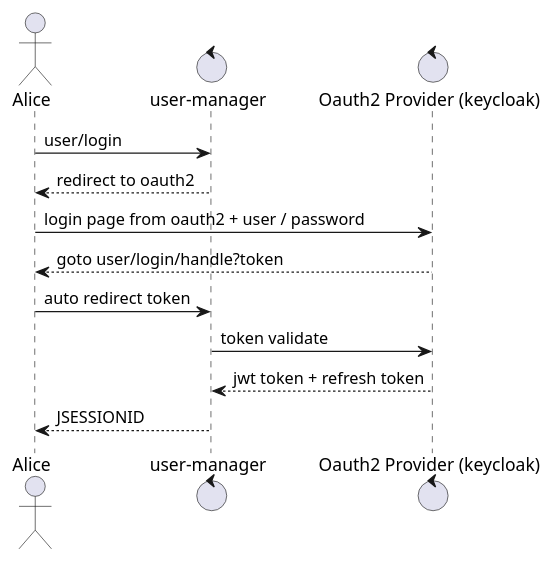
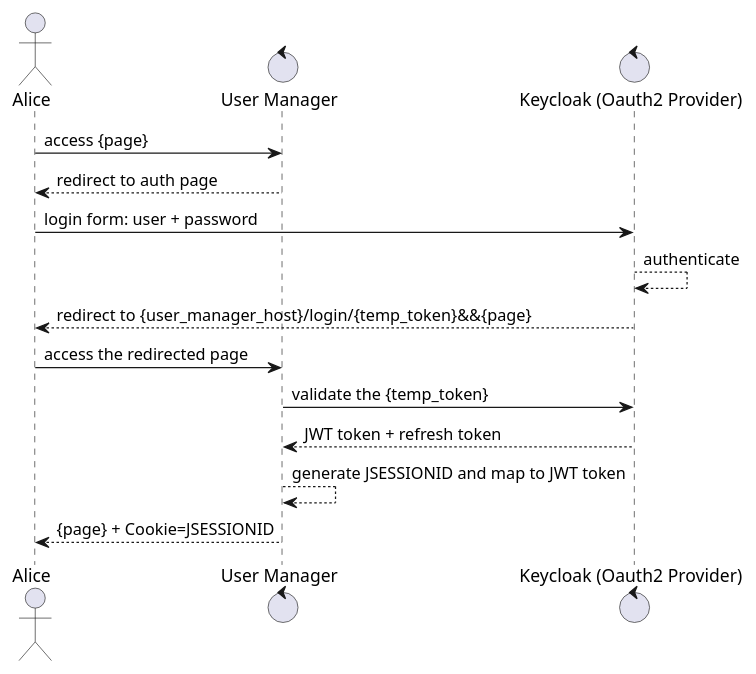
One commit to smart-home-oss/user-manager changed the diagram in src/main/resources/static/api/uml/authentication-redirect-jsessionid.puml. Above: the diagram before and after it, drawn with PlantUML. The commit also changed 1 other file, not shown here.

Commit message:
updated the auth diagram

```diff
--- a/src/main/resources/static/api/uml/authentication-redirect-jsessionid.puml
+++ b/src/main/resources/static/api/uml/authentication-redirect-jsessionid.puml
@@ -1,15 +1,17 @@
 @startuml
 actor Alice
-control "user-manager" as user
-control "Oauth2 Provider (keycloak)" as oauth2
+control "User Manager" as user_manager
+control "Keycloak (Oauth2 Provider)" as oauth2
 
-Alice -> user: user/login
-user --> Alice: redirect to oauth2
-Alice -> oauth2: login page from oauth2 + user / password
-oauth2 --> Alice: goto user/login/handle?token
-Alice -> user: auto redirect token
-user -> oauth2: token validate
-oauth2 --> user: jwt token + refresh token
-user --> Alice: JSESSIONID
+Alice -> user_manager: access {page}
+user_manager --> Alice: redirect to auth page
+Alice -> oauth2: login form: user + password
+oauth2 --> oauth2: authenticate
+oauth2 --> Alice: redirect to {user_manager_host}/login/{temp_token}&&{page}
+Alice -> user_manager: access the redirected page
+user_manager -> oauth2: validate the {temp_token}
+oauth2 --> user_manager: JWT token + refresh token
+user_manager --> user_manager: generate JSESSIONID and map to JWT token
+user_manager --> Alice: {page} + Cookie=JSESSIONID
 
 @enduml
```
